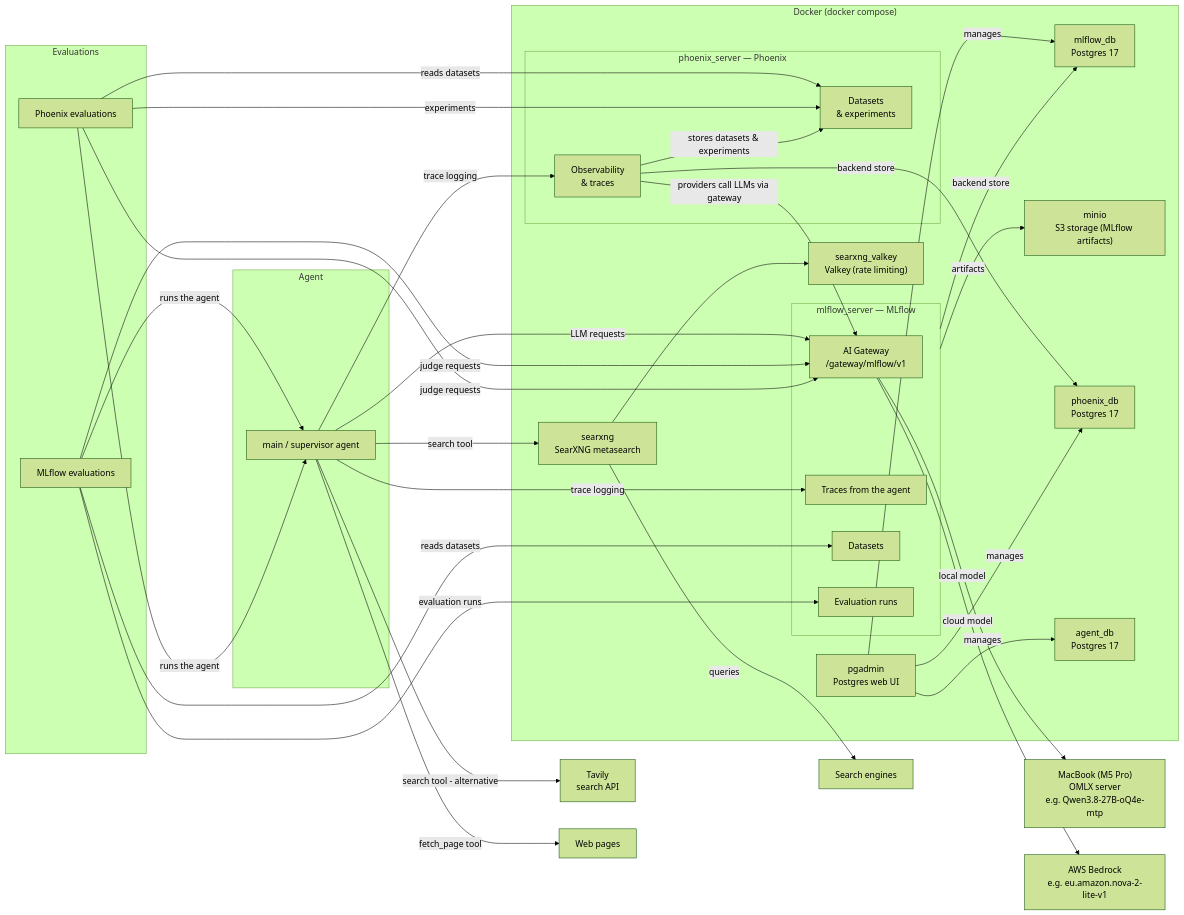
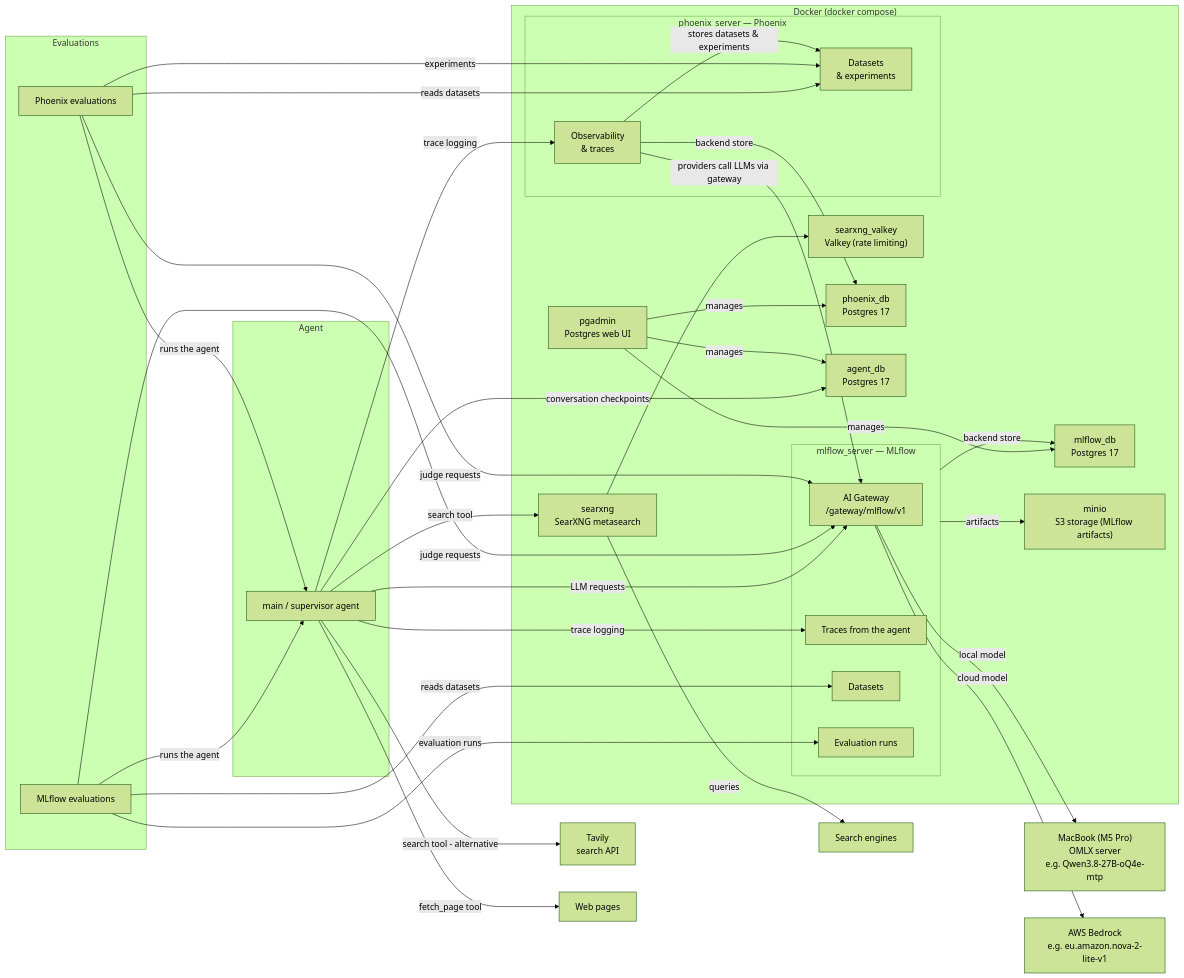
The first of 5 diagrams in documentation/design.md (codiply/tech-market-researcher), drawn with Mermaid (forest theme) before and after one commit. The commit also changed other lines of this file and 16 other files, not shown here.

````diff
--- a/documentation/design.md
+++ b/documentation/design.md
@@ -5,64 +5,65 @@
 ```mermaid
 flowchart LR
     subgraph agent["Agent"]
         main["main / supervisor agent"]
     end
 
     subgraph evals["Evaluations"]
         mlflow_evals["MLflow evaluations"]
         phoenix_evals["Phoenix evaluations"]
     end
 
     subgraph docker["Docker (docker compose)"]
         subgraph mlflow_box["mlflow_server — MLflow"]
             gateway["AI Gateway<br/>/gateway/mlflow/v1"]
             traces["Traces from the agent"]
             datasets["Datasets"]
             eval_runs["Evaluation runs"]
         end
         mlflow_db["mlflow_db<br/>Postgres 17"]
         searxng["searxng<br/>SearXNG metasearch"]
         valkey["searxng_valkey<br/>Valkey (rate limiting)"]
         minio["minio<br/>S3 storage (MLflow artifacts)"]
         pgadmin["pgadmin<br/>Postgres web UI"]
         subgraph phoenix_box["phoenix_server — Phoenix"]
             phoenix_server["Observability<br/>& traces"]
             phoenix_datasets["Datasets<br/>& experiments"]
         end
         phoenix_db["phoenix_db<br/>Postgres 17"]
         agent_db["agent_db<br/>Postgres 17"]
     end
 
     macbook["MacBook (M5 Pro)<br/>OMLX server<br/>e.g. Qwen3.8-27B-oQ4e-mtp"]
     aws["AWS Bedrock<br/>e.g. eu.amazon.nova-2-lite-v1"]
     tavily["Tavily<br/>search API"]
     engines["Search engines"]
     web["Web pages"]
 
     main -->|LLM requests| gateway
     main -->|trace logging| traces
     main -->|trace logging| phoenix_server
     main -->|search tool| searxng
     main -->|search tool - alternative| tavily
     main -->|fetch_page tool| web
+    main -->|conversation checkpoints| agent_db
     mlflow_evals -->|runs the agent| main
     mlflow_evals -->|judge requests| gateway
     mlflow_evals -->|reads datasets| datasets
     mlflow_evals -->|evaluation runs| eval_runs
     phoenix_evals -->|runs the agent| main
     phoenix_evals -->|judge requests| gateway
     phoenix_evals -->|reads datasets| phoenix_datasets
     phoenix_evals -->|experiments| phoenix_datasets
     phoenix_server -->|stores datasets & experiments| phoenix_datasets
     phoenix_server -->|providers call LLMs via gateway| gateway
     gateway -->|local model| macbook
     gateway -->|cloud model| aws
     searxng -->|queries| engines
     searxng --> valkey
     mlflow_box -->|backend store| mlflow_db
     mlflow_box -->|artifacts| minio
     pgadmin -->|manages| mlflow_db
     phoenix_server -->|backend store| phoenix_db
     pgadmin -->|manages| phoenix_db
     pgadmin -->|manages| agent_db
 ```
````
